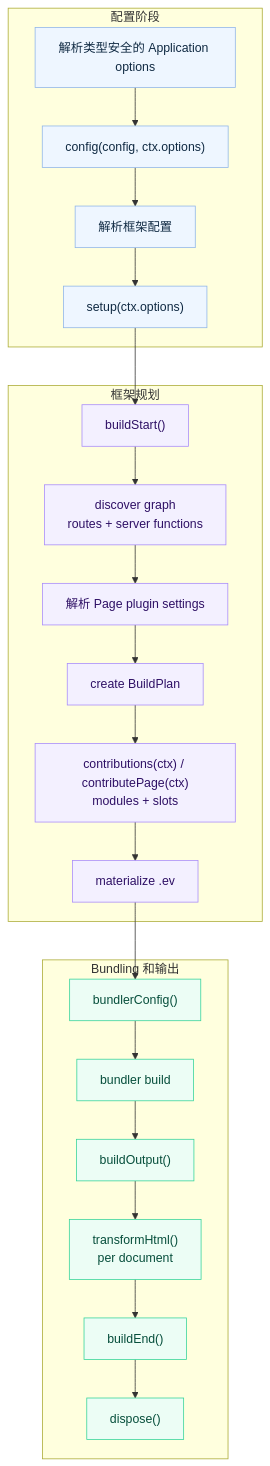
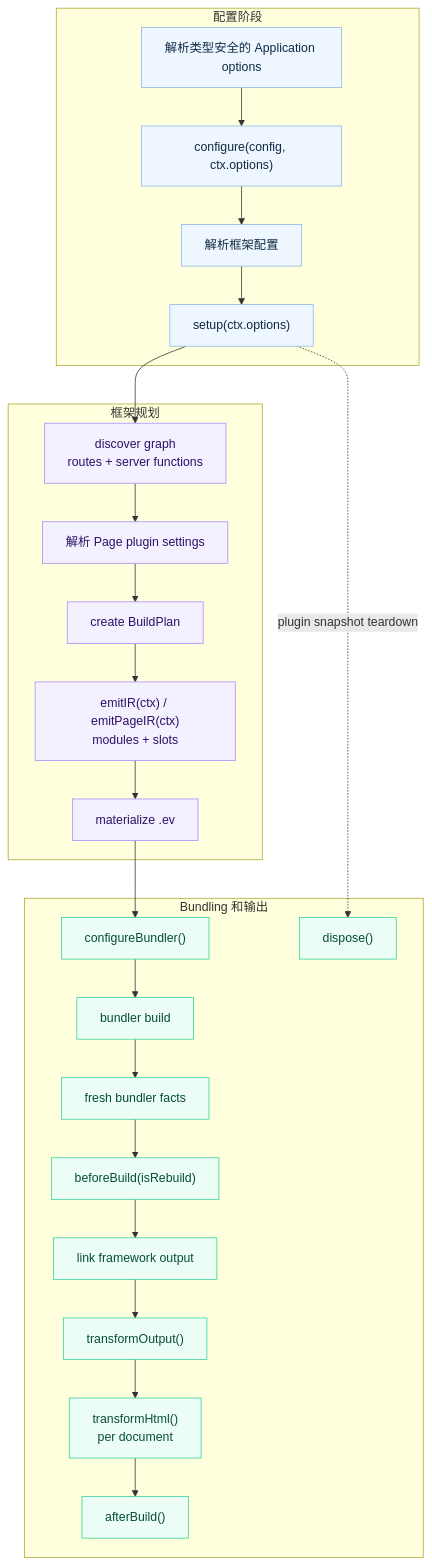
One commit to afx-team/evjs changed the diagram in docs/i18n/zh-Hans/docusaurus-plugin-content-docs/current/plugin-hooks.md. Above: the diagram before and after it, drawn with Mermaid. The commit also changed other lines of this file and 117 other files, not shown here.

````diff
--- a/docs/i18n/zh-Hans/docusaurus-plugin-content-docs/current/plugin-hooks.md
+++ b/docs/i18n/zh-Hans/docusaurus-plugin-content-docs/current/plugin-hooks.md
@@ -9,38 +12,41 @@
 ```mermaid
 flowchart TB
   subgraph Configure["配置阶段"]
     AppOptions["解析类型安全的 Application options"]
-    Config["config(config, ctx.options)"]
+    Config["configure(config, ctx.options)"]
     Resolve["解析框架配置"]
     Setup["setup(ctx.options)"]
   end
 
   subgraph Plan["框架规划"]
-    BuildStart["buildStart()"]
     Graph["discover graph\nroutes + server functions"]
     PageSettings["解析 Page plugin settings"]
     BuildPlan["create BuildPlan"]
-    Contributions["contributions(ctx) / contributePage(ctx)\nmodules + slots"]
+    Contributions["emitIR(ctx) / emitPageIR(ctx)\nmodules + slots"]
     IR["materialize .ev"]
   end
 
   subgraph Build["Bundling 和输出"]
-    BundlerConfig["bundlerConfig()"]
+    BundlerConfig["configureBundler()"]
     Bundler["bundler build"]
-    BuildOutput["buildOutput()"]
+    Facts["fresh bundler facts"]
+    BeforeBuild["beforeBuild(isRebuild)"]
+    LinkOutput["link framework output"]
+    TransformOutput["transformOutput()"]
     HTML["transformHtml()\nper document"]
-    BuildEnd["buildEnd()"]
+    BuildEnd["afterBuild()"]
     Dispose["dispose()"]
   end
 
-  AppOptions --> Config --> Resolve --> Setup --> BuildStart --> Graph --> PageSettings --> BuildPlan
+  AppOptions --> Config --> Resolve --> Setup --> Graph --> PageSettings --> BuildPlan
   BuildPlan --> Contributions --> IR --> BundlerConfig --> Bundler
-  Bundler --> BuildOutput --> HTML --> BuildEnd --> Dispose
+  Bundler --> Facts --> BeforeBuild --> LinkOutput --> TransformOutput --> HTML --> BuildEnd
+  Setup -. plugin snapshot teardown .-> Dispose
 
   classDef config fill:#eef6ff,stroke:#8fb5e8,color:#102a43;
   classDef plan fill:#f3f0ff,stroke:#a78bfa,color:#2e1065;
   classDef build fill:#ecfdf5,stroke:#34d399,color:#064e3b;
   class AppOptions,Config,Resolve,Setup config;
-  class BuildStart,Graph,PageSettings,BuildPlan,Contributions,IR plan;
-  class BundlerConfig,Bundler,BuildOutput,HTML,BuildEnd,Dispose build;
+  class Graph,PageSettings,BuildPlan,Contributions,IR plan;
+  class BundlerConfig,Bundler,Facts,BeforeBuild,LinkOutput,TransformOutput,HTML,BuildEnd,Dispose build;
 ```
````
